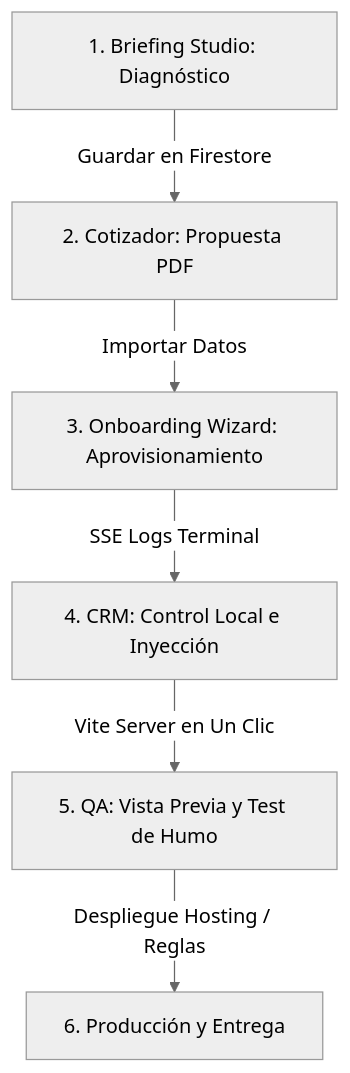
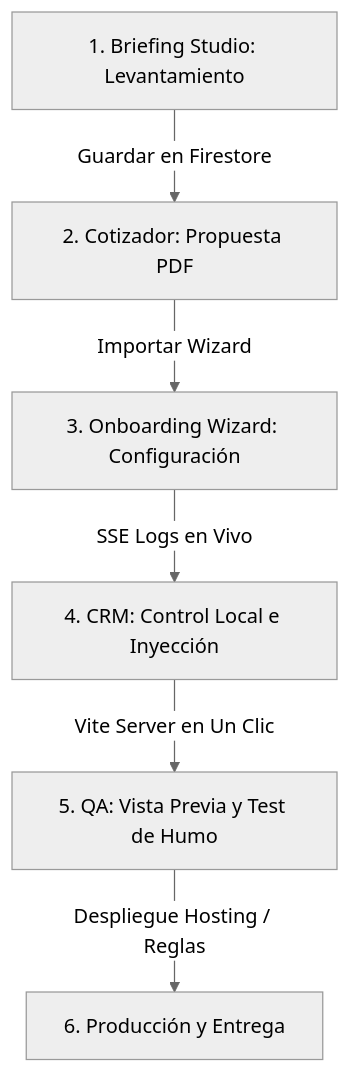
One commit to DEVPROTOTIPE/PROTOTIPE changed the diagram in Documentacion PROTOTIPE/07_Manuales_Desarrollo/guia_flujo_completo_cliente_entrega.md. Above: the diagram before and after it, drawn with Mermaid (neutral theme). The commit also changed other lines of this file and 1 other file, not shown here.

````diff
--- a/Documentacion PROTOTIPE/07_Manuales_Desarrollo/guia_flujo_completo_cliente_entrega.md
+++ b/Documentacion PROTOTIPE/07_Manuales_Desarrollo/guia_flujo_completo_cliente_entrega.md
@@ -9,8 +9,8 @@
 ```mermaid
 graph TD
-    A[1. Briefing Studio: Diagnóstico] -->|Guardar en Firestore| B[2. Cotizador: Propuesta PDF]
-    B -->|Importar Datos| C[3. Onboarding Wizard: Aprovisionamiento]
-    C -->|SSE Logs Terminal| D[4. CRM: Control Local e Inyección]
+    A[1. Briefing Studio: Levantamiento] -->|Guardar en Firestore| B[2. Cotizador: Propuesta PDF]
+    B -->|Importar Wizard| C[3. Onboarding Wizard: Configuración]
+    C -->|SSE Logs en Vivo| D[4. CRM: Control Local e Inyección]
     D -->|Vite Server en Un Clic| E[5. QA: Vista Previa y Test de Humo]
     E -->|Despliegue Hosting / Reglas| F[6. Producción y Entrega]
 ```
````
